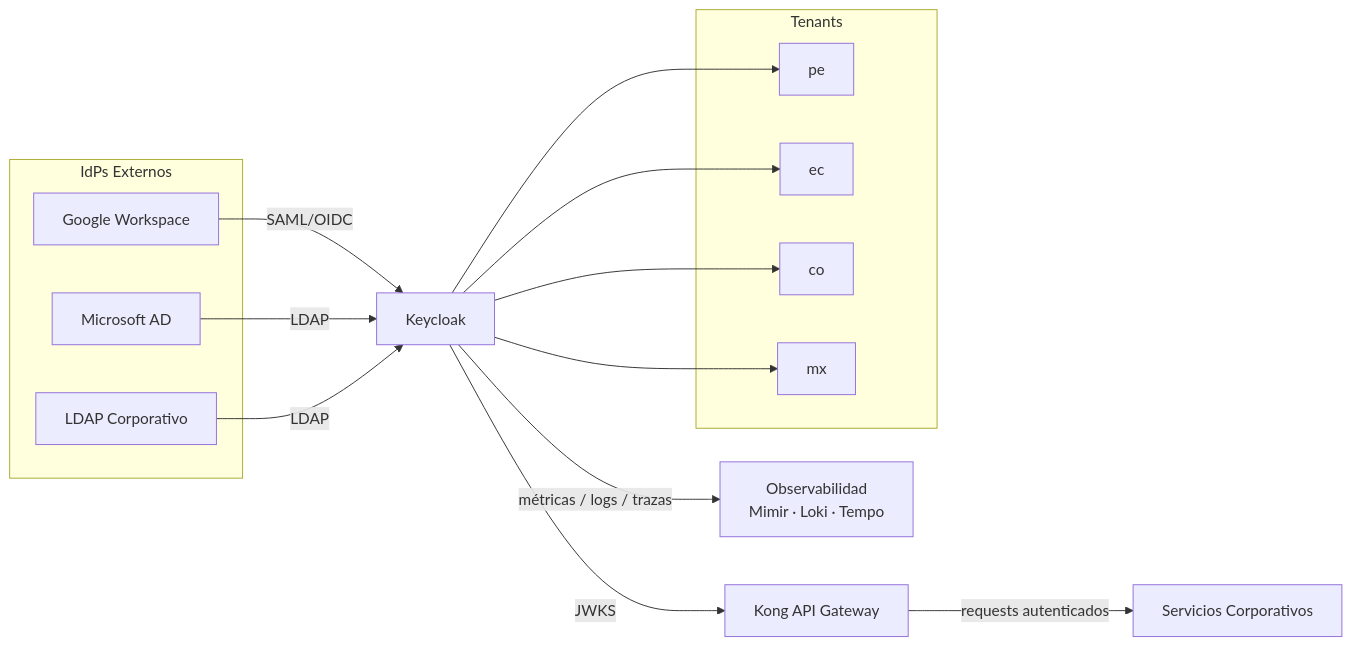
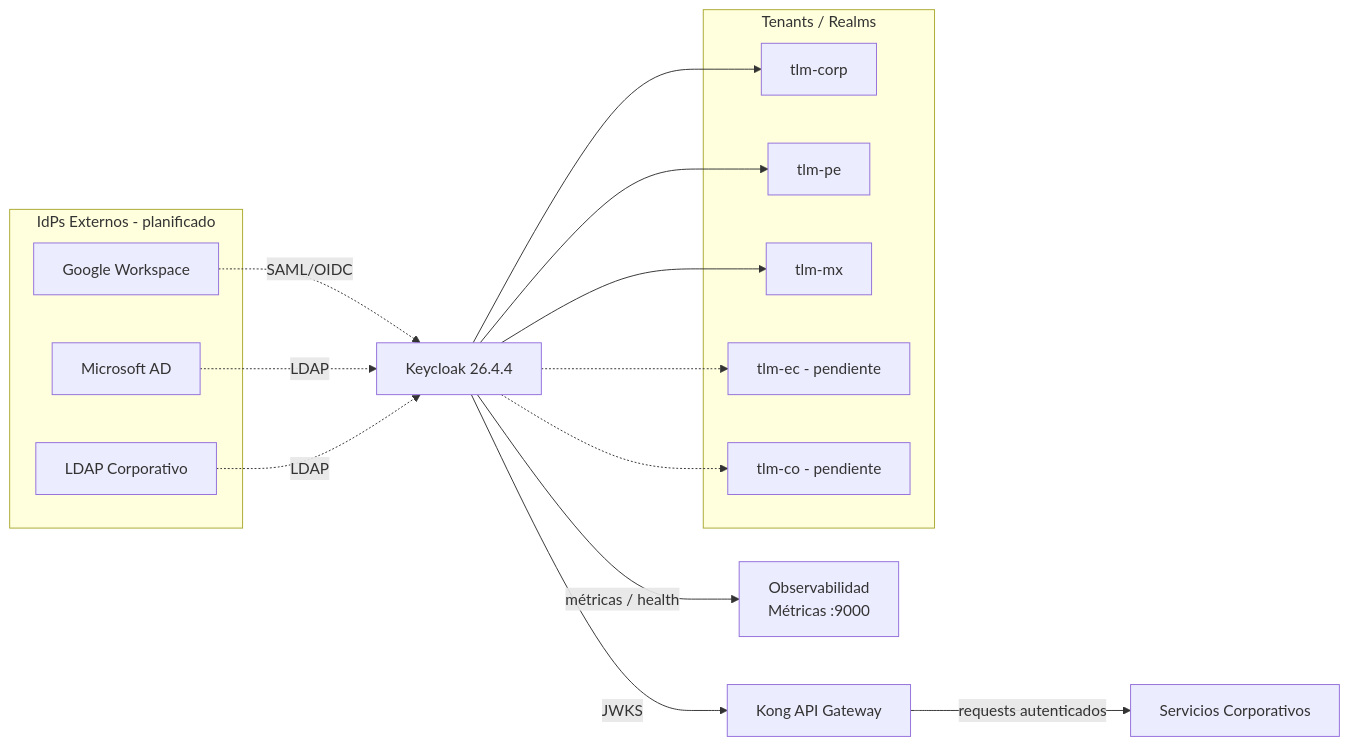
The diagram in docs/plataforma-corporativa/plataforma-de-integracion/identidad-y-accesos/03-contexto-alcance.md (jclemente-tlm/tlm-doc-architecture), drawn with Mermaid before and after one commit. The commit also changed other lines of this file and 11 other files, not shown here.

````diff
--- a/docs/plataforma-corporativa/plataforma-de-integracion/identidad-y-accesos/03-contexto-alcance.md
+++ b/docs/plataforma-corporativa/plataforma-de-integracion/identidad-y-accesos/03-contexto-alcance.md
@@ -16,31 +16,33 @@
 ```mermaid
 graph LR
-    subgraph IdPs Externos
+    subgraph IdPs Externos - planificado
         A1[Google Workspace]
         A2[Microsoft AD]
         A3[LDAP Corporativo]
     end
 
-    subgraph Tenants
-        T1[pe]
-        T2[ec]
-        T3[co]
-        T4[mx]
+    subgraph Tenants / Realms
+        T0[tlm-corp]
+        T1[tlm-pe]
+        T2[tlm-mx]
+        T3[tlm-ec - pendiente]
+        T4[tlm-co - pendiente]
     end
 
-    KC[Keycloak]
+    KC[Keycloak 26.4.4]
     GW[Kong API Gateway]
     SVC[Servicios Corporativos]
-    OBS[Observabilidad\nMimir · Loki · Tempo]
+    OBS[Observabilidad\nMétricas :9000]
 
-    A1 -->|SAML/OIDC| KC
-    A2 -->|LDAP| KC
-    A3 -->|LDAP| KC
+    A1 -.->|SAML/OIDC| KC
+    A2 -.->|LDAP| KC
+    A3 -.->|LDAP| KC
+    KC --> T0
     KC --> T1
     KC --> T2
-    KC --> T3
-    KC --> T4
+    KC -.-> T3
+    KC -.-> T4
     KC -->|JWKS| GW
     GW -->|requests autenticados| SVC
-    KC -->|métricas / logs / trazas| OBS
+    KC -->|métricas / health| OBS
 ```
````
